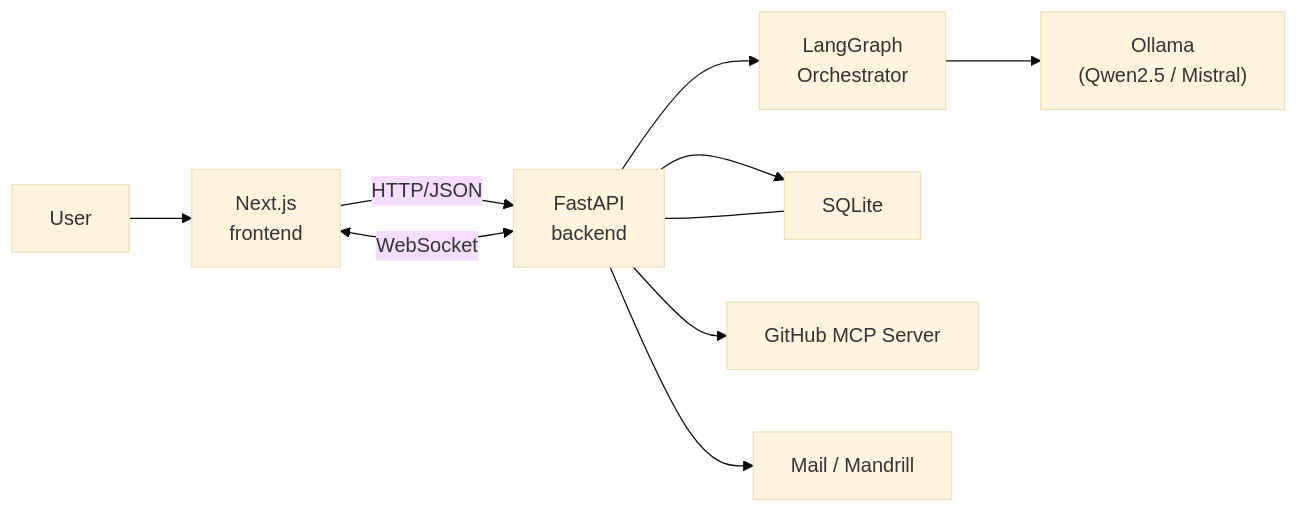
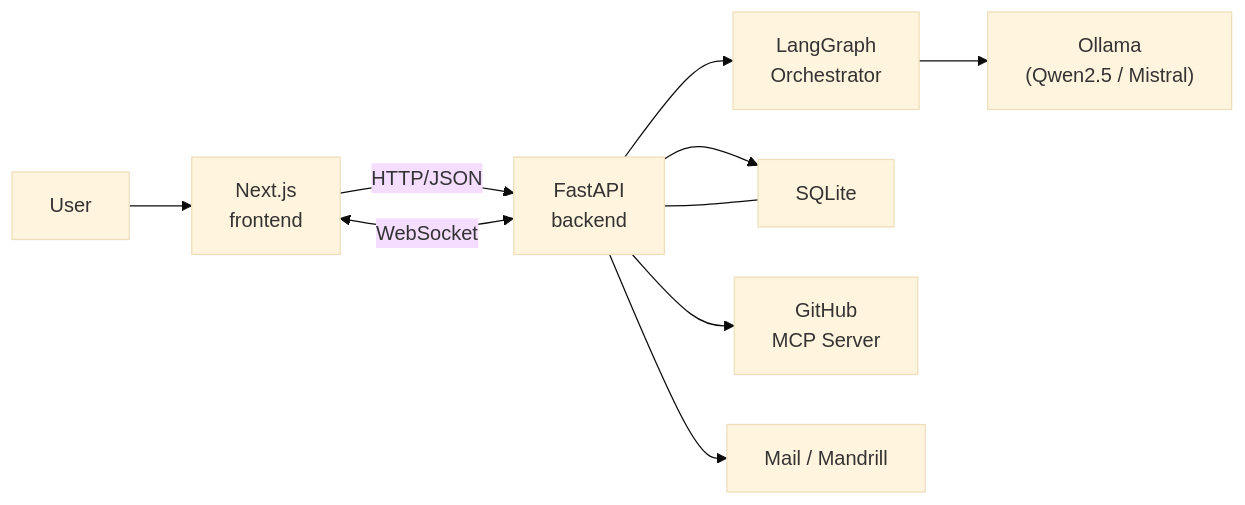
One commit to ethauber/task-orchestrator changed the diagram in system.mmd. Above: the diagram before and after it, drawn with Mermaid (base theme). The commit also changed other lines of this file, not shown here.

Commit message:
Refactor system.mmd for improved readability by adjusting line breaks in flowchart labels

```diff
--- a/system.mmd
+++ b/system.mmd
@@ -1,18 +1,24 @@
+%%{init: {'flowchart': {'curve':'basis','nodeSpacing':40,'rankSpacing':50}}}%%
 flowchart LR
-  U["User"] --> W["Next.js\nfrontend"]
+  U["User"] --> W["Next.js
+frontend"]
 
   %% Frontend to API
-  W -->|HTTP/JSON| A["FastAPI\nbackend"]
+  W -->|HTTP/JSON| A["FastAPI
+backend"]
   A <-->|WebSocket| W
 
   %% Orchestrator / LLM
-  A --> L["LangGraph\nOrchestrator"]
-  L --> O["Ollama\n(Qwen2.5 / Mistral)"]
+  A --> L["LangGraph
+Orchestrator"]
+  L --> O["Ollama
+(Qwen2.5 / Mistral)"]
 
   %% Data
   A --> DB["SQLite"]
   DB --- A
 
   %% External services (examples)
-  A --> GH["GitHub MCP Server"]
+  A --> GH["GitHub
+MCP Server"]
   A --> MC["Mail / Mandrill"]
```
